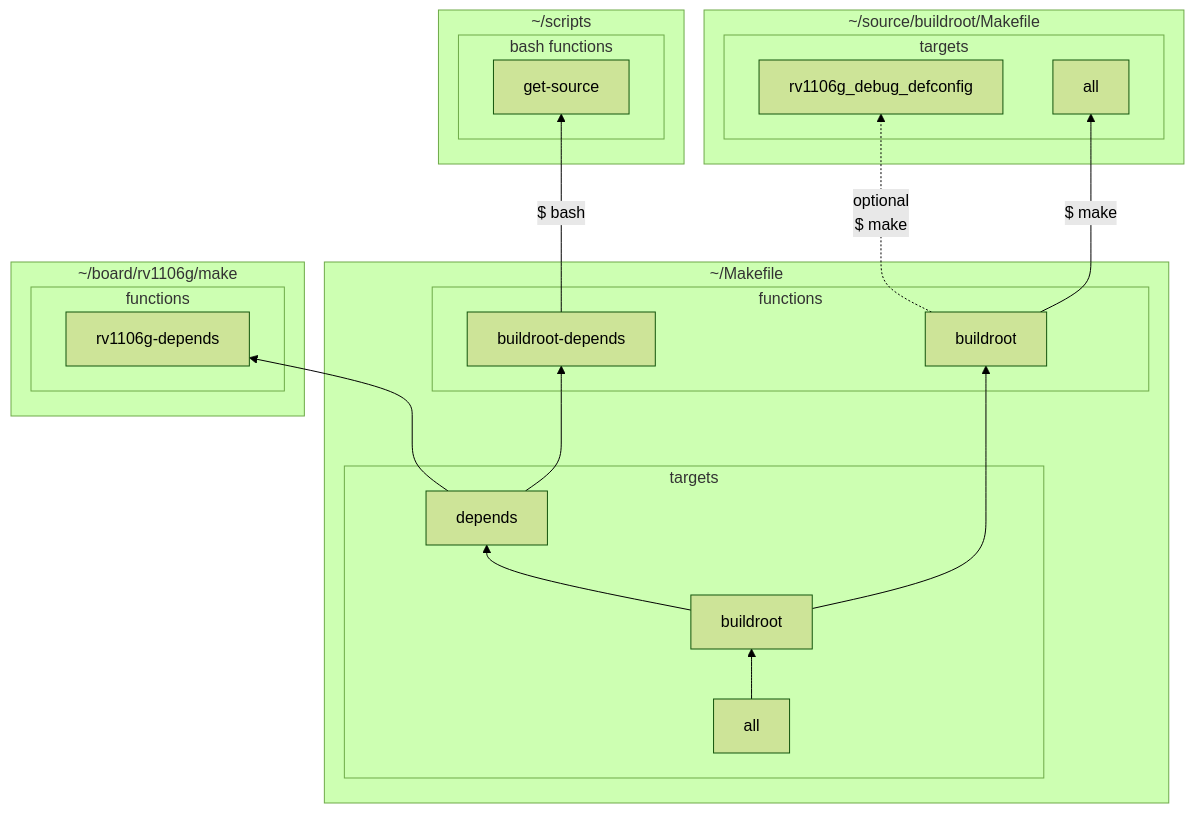
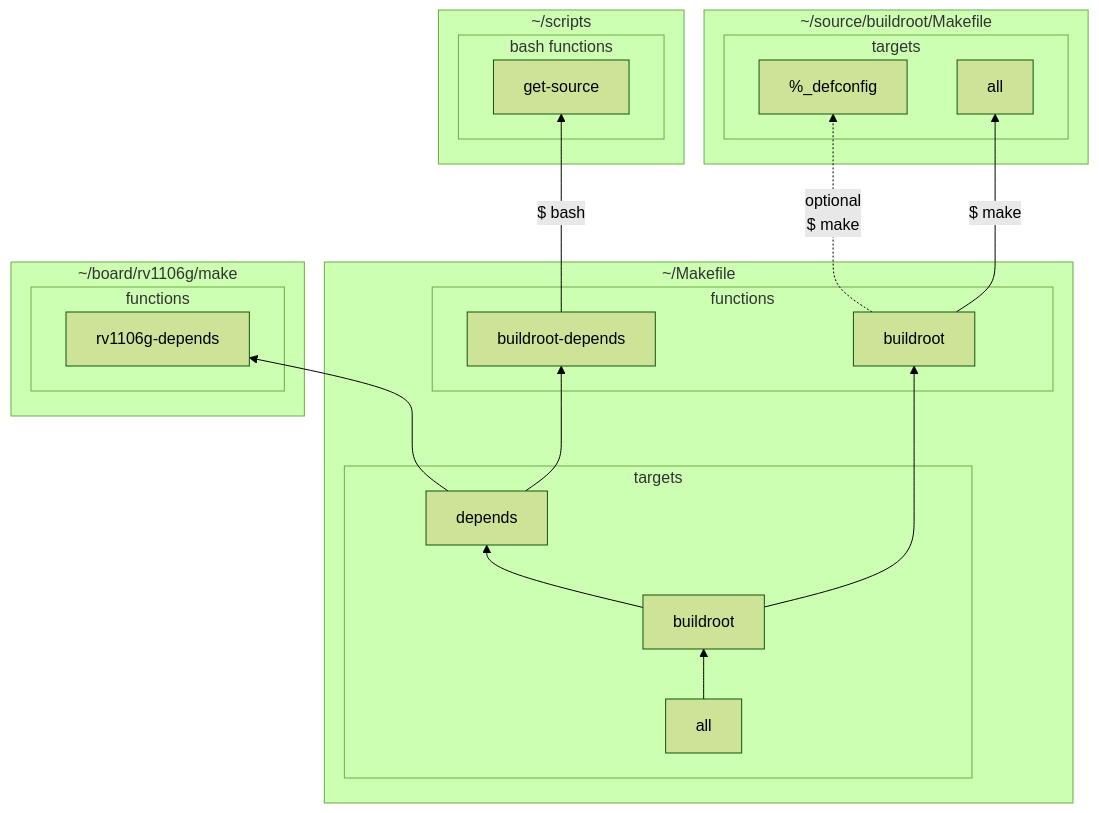
Before and after one commit to tactacam-ryanmoe/markdown-test: the second of 3 diagrams in README.md, drawn with Mermaid (forest theme). The commit also changed other lines of this file, not shown here.

````diff
--- a/README.md
+++ b/README.md
@@ -45,53 +45,53 @@
 ```mermaid
 flowchart BT
 
     %% ----- Objects -----
     subgraph make[~/Makefile]
         subgraph make_targets[targets]
             make_targets_all[all]
             make_targets_buildroot[buildroot]
             make_targets_depends[depends]
         end
         subgraph make_functions[functions]
             make_functions_buildroot[buildroot]
             make_functions_buildroot-deps[buildroot-depends]
         end
     end
 
     subgraph scripts[~/scripts]
         subgraph scripts_bash[bash functions]
             scripts_bash_get-source[get-source]
         end
     end
 
     subgraph board-rv1106g-make[~/board/rv1106g/make]
         subgraph board-rv1106g-make_functions[functions]
             board-rv1106g-make_functions_rv1106-deps[rv1106g-depends]
         end
     end
 
     subgraph buildroot-dir[~/source/buildroot/Makefile]
         subgraph buildroot-dir_targets[targets]
-            buildroot-dir_targets_rv1106config[rv1106g_debug_defconfig]
+            buildroot-dir_targets_rv1106config[%_defconfig]
             buildroot-dir_targets_all[all]
         end
     end
 
     %% ----- Lines -----
 
     make_targets_all --> make_targets_buildroot
     make_targets_buildroot --> make_targets_depends
     make_targets_depends --> make_functions_buildroot-deps
     make_functions_buildroot-deps -- $ bash --> scripts_bash_get-source
     make_targets_depends --> board-rv1106g-make_functions_rv1106-deps
     make_targets_buildroot --> make_functions_buildroot
     make_functions_buildroot -. optional \n $ make .-> buildroot-dir_targets_rv1106config
     make_functions_buildroot -- $ make --> buildroot-dir_targets_all
 
     %%dependsFunc --> makeenvdep
     %%buildroottarget --> buildrootfunction
     %%buildrootfunction -.-> buildrootdirMakefileTarget
 
     %%buildrootdir ~~~ makeenv
     
 ```
````
